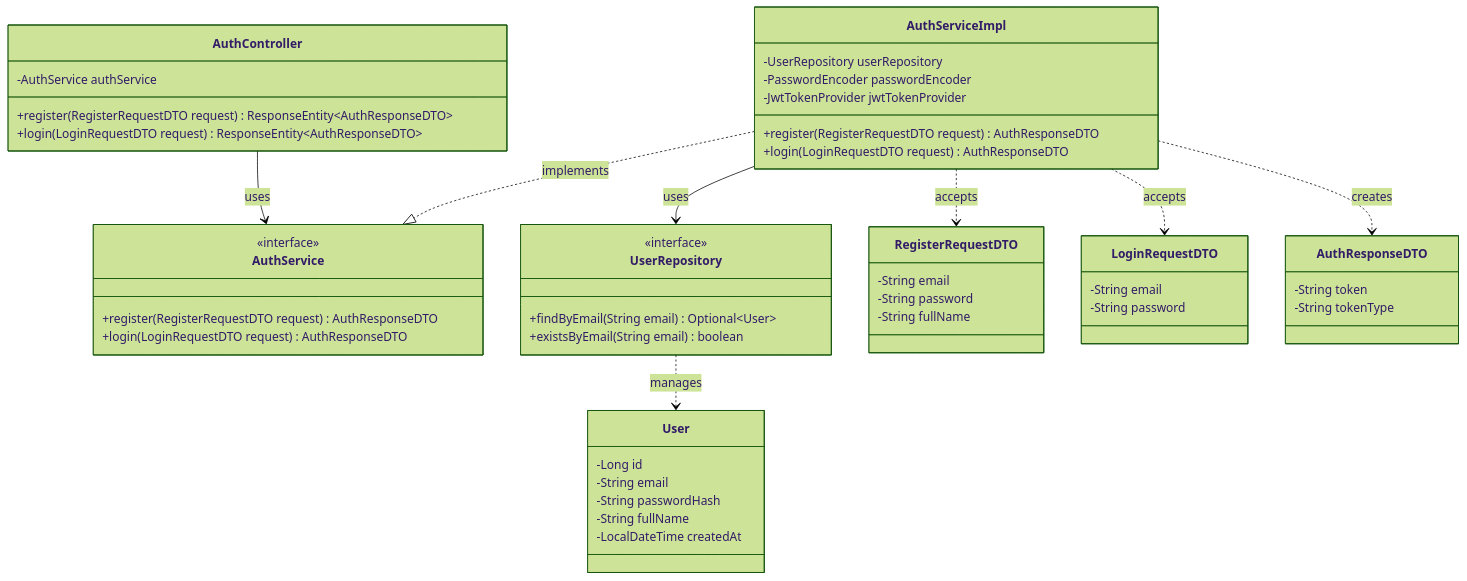
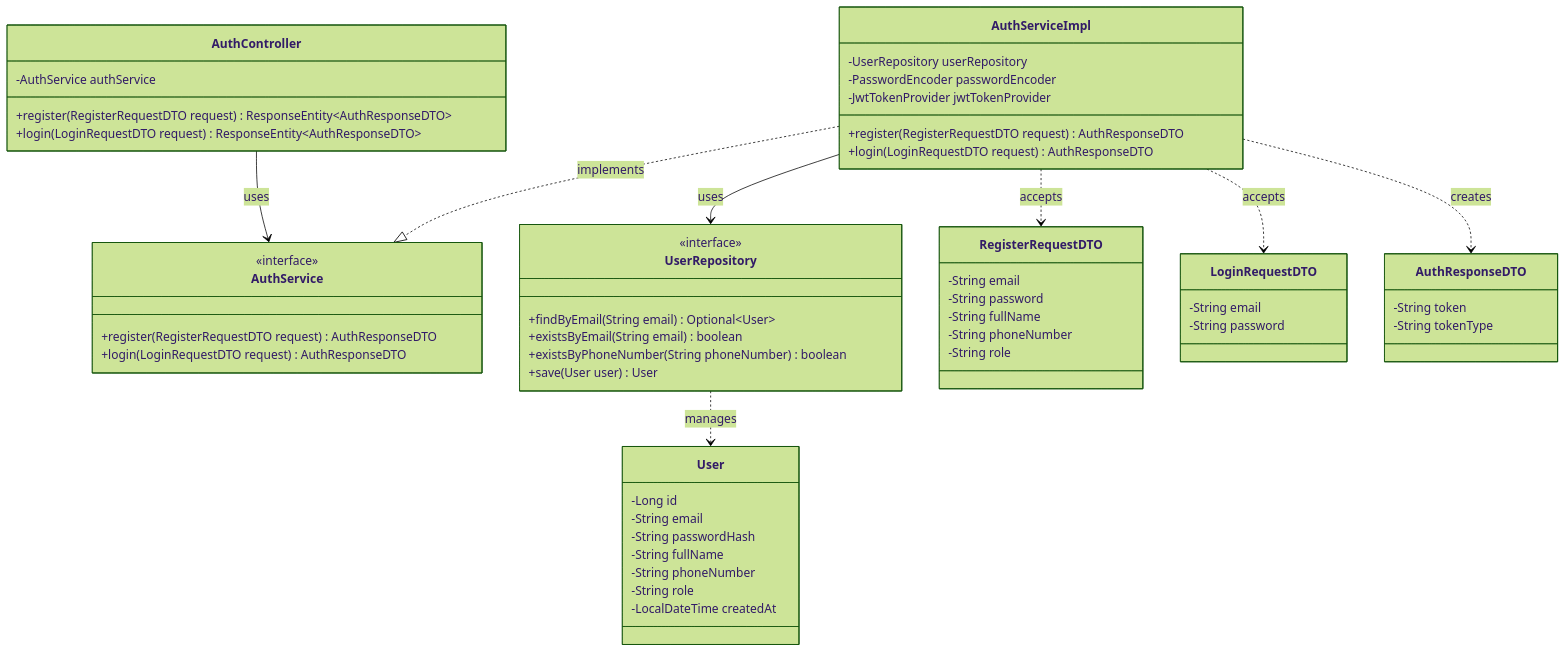
Before and after one commit to BlackyB0o/CS261_650001_group5: the fifth of 7 diagrams in docs/task-04/README.md, drawn with Mermaid (forest theme). The commit also changed other lines of this file, not shown here.

Commit message:
docs: update task-04 include phoneNumber, role, and save user DAO method

````diff
--- a/docs/task-04/README.md
+++ b/docs/task-04/README.md
@@ -171,60 +193,66 @@
 ```mermaid
 classDiagram
     class AuthController {
         -AuthService authService
         +register(RegisterRequestDTO request) ResponseEntity~AuthResponseDTO~
         +login(LoginRequestDTO request) ResponseEntity~AuthResponseDTO~
     }
 
     class AuthService {
         <<interface>>
         +register(RegisterRequestDTO request) AuthResponseDTO
         +login(LoginRequestDTO request) AuthResponseDTO
     }
 
     class AuthServiceImpl {
         -UserRepository userRepository
         -PasswordEncoder passwordEncoder
         -JwtTokenProvider jwtTokenProvider
         +register(RegisterRequestDTO request) AuthResponseDTO
         +login(LoginRequestDTO request) AuthResponseDTO
     }
 
     class UserRepository {
         <<interface>>
         +findByEmail(String email) Optional~User~
         +existsByEmail(String email) boolean
+        +existsByPhoneNumber(String phoneNumber) boolean
+        +save(User user) User
     }
 
     class User {
         -Long id
         -String email
         -String passwordHash
         -String fullName
+        -String phoneNumber
+        -String role
         -LocalDateTime createdAt
     }
 
     class RegisterRequestDTO {
         -String email
         -String password
         -String fullName
+        -String phoneNumber
+        -String role
     }
 
     class LoginRequestDTO {
         -String email
         -String password
     }
 
     class AuthResponseDTO {
         -String token
         -String tokenType
     }
 
     AuthController --> AuthService : uses
     AuthServiceImpl ..|> AuthService : implements
     AuthServiceImpl --> UserRepository : uses
     UserRepository ..> User : manages
     AuthServiceImpl ..> RegisterRequestDTO : accepts
     AuthServiceImpl ..> LoginRequestDTO : accepts
     AuthServiceImpl ..> AuthResponseDTO : creates
 ```
````
